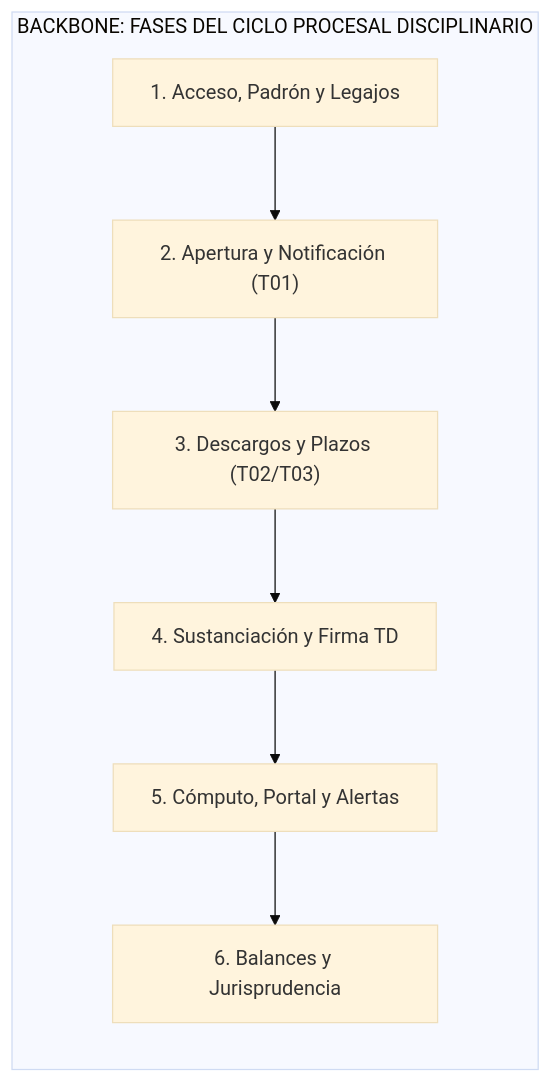
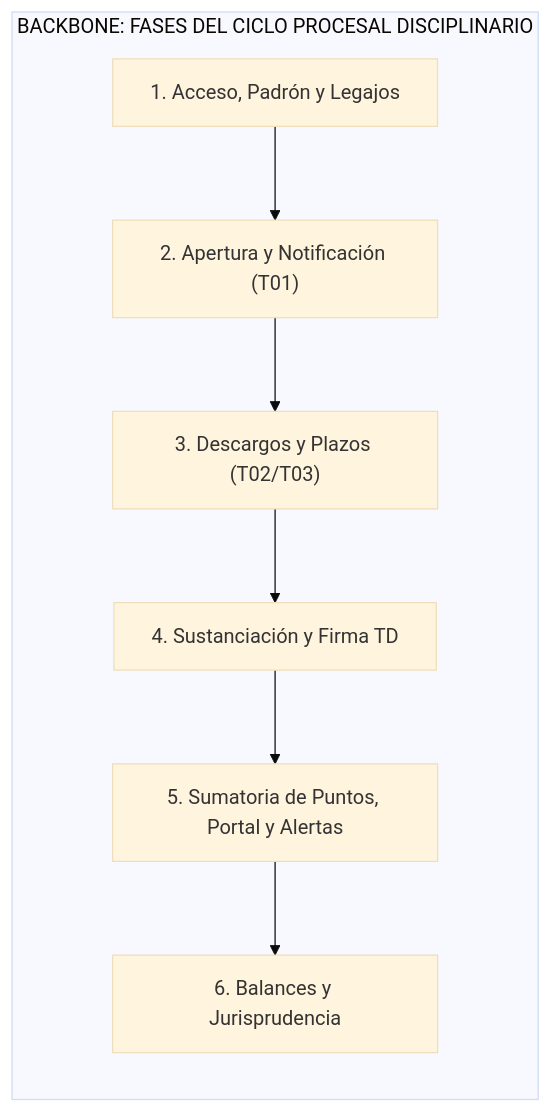
Before and after one commit to MartinG94/seminario-integrador: the diagram in docs/gestion-proyecto/Seguimiento de Proyecto.md, drawn with Mermaid (base theme). The commit also changed other lines of this file and 19 other files, not shown here.

````diff
--- a/docs/gestion-proyecto/Seguimiento de Proyecto.md
+++ b/docs/gestion-proyecto/Seguimiento de Proyecto.md
@@ -289,12 +289,12 @@
 ```mermaid
 flowchart LR
     subgraph BB["BACKBONE: FASES DEL CICLO PROCESAL DISCIPLINARIO"]
         B1["1. Acceso, Padrón y Legajos"]
         B2["2. Apertura y Notificación (T01)"]
         B3["3. Descargos y Plazos (T02/T03)"]
         B4["4. Sustanciación y Firma TD"]
-        B5["5. Cómputo, Portal y Alertas"]
+        B5["5. Sumatoria de Puntos, Portal y Alertas"]
         B6["6. Balances y Jurisprudencia"]
     end
     B1 --> B2 --> B3 --> B4 --> B5 --> B6
 ```
````
